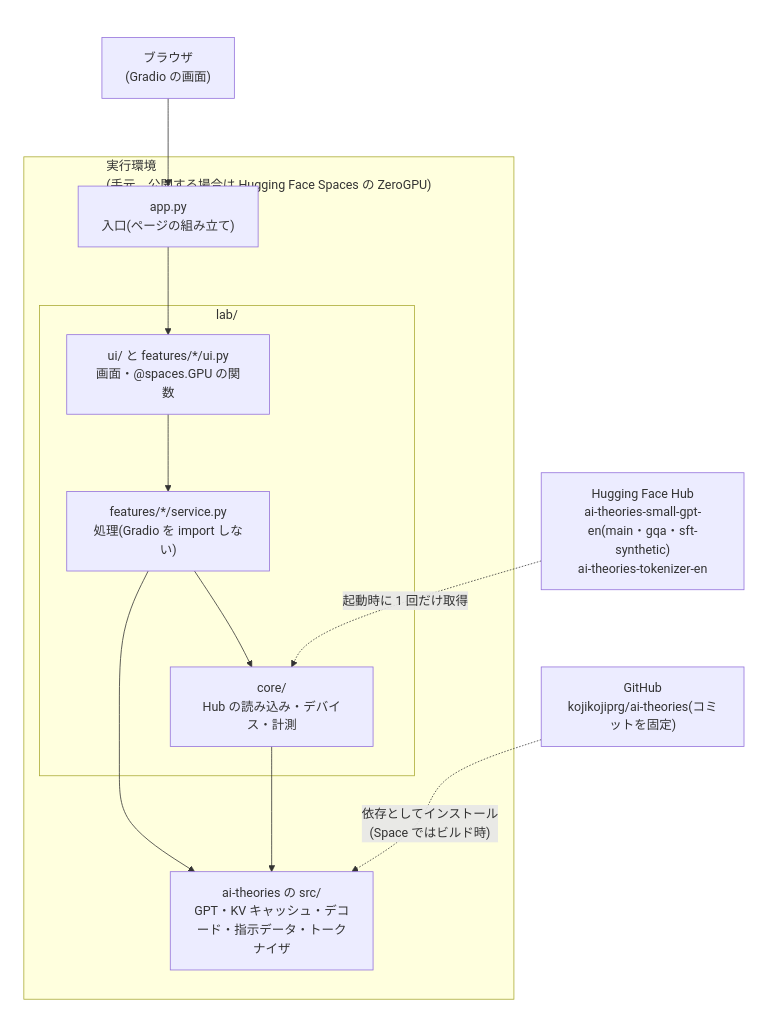
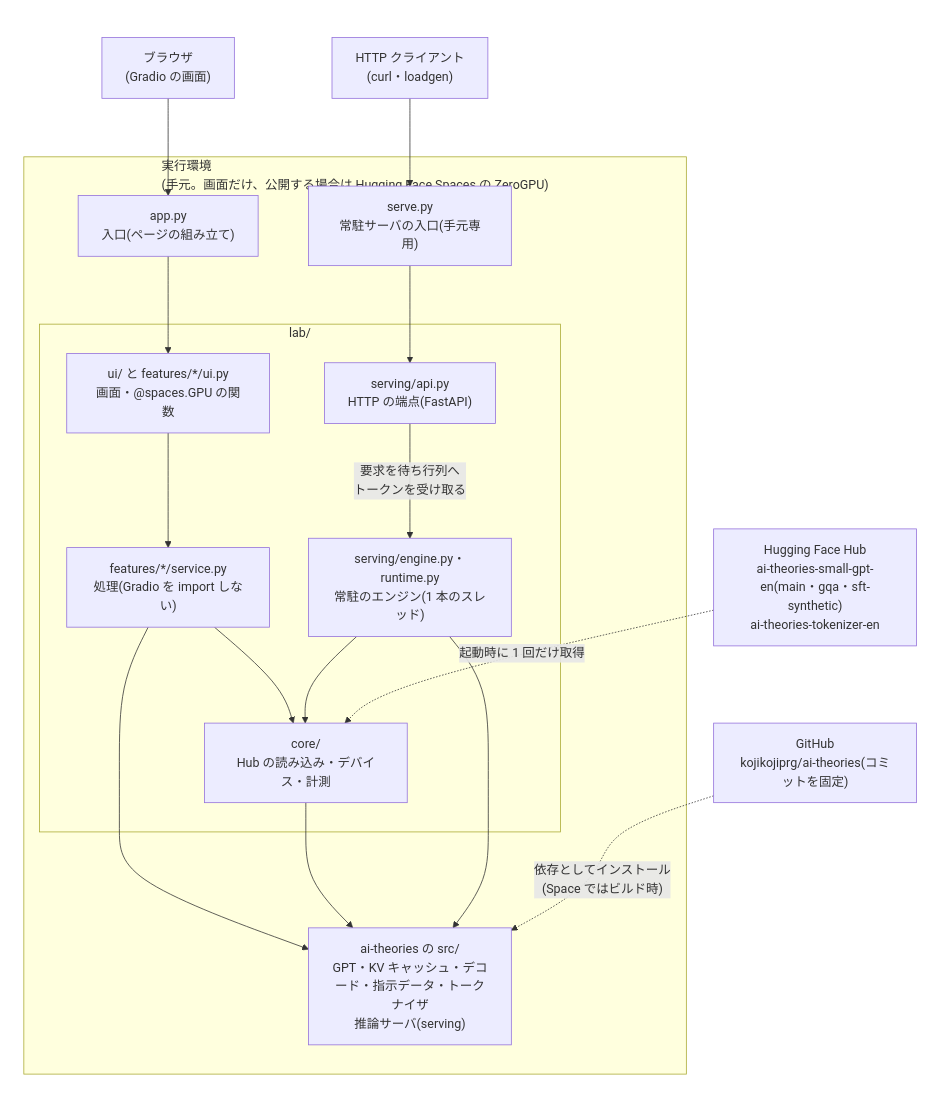
The diagram in apps/ai_theories_lab/README.md (kojikojiprg/ai-theories), drawn with Mermaid before and after one commit. The commit also changed other lines of this file, not shown here.

First line of the commit message:
apps: アプリの README に、常駐サーバと HTTP の API、バッチ推論の表示の方針を書く

````diff
--- a/apps/ai_theories_lab/README.md
+++ b/apps/ai_theories_lab/README.md
@@ -50,27 +55,36 @@
 ```mermaid
 %%{init: {"theme": "default"}}%%
 flowchart LR
   subgraph ALL[" "]
     USER["ブラウザ<br/>(Gradio の画面)"]
-    subgraph SPACE["実行環境<br/>(手元。公開する場合は Hugging Face Spaces の ZeroGPU)"]
+    CLIENT["HTTP クライアント<br/>(curl・loadgen)"]
+    subgraph SPACE["実行環境<br/>(手元。画面だけ、公開する場合は Hugging Face Spaces の ZeroGPU)"]
       APP["app.py<br/>入口(ページの組み立て)"]
+      SERVE["serve.py<br/>常駐サーバの入口(手元専用)"]
       subgraph LAB["lab/"]
         UI["ui/ と features/*/ui.py<br/>画面・@spaces.GPU の関数"]
         SVC["features/*/service.py<br/>処理(Gradio を import しない)"]
+        API["serving/api.py<br/>HTTP の端点(FastAPI)"]
+        ENGINE["serving/engine.py・runtime.py<br/>常駐のエンジン(1 本のスレッド)"]
         CORE["core/<br/>Hub の読み込み・デバイス・計測"]
       end
-      SRC["ai-theories の src/<br/>GPT・KV キャッシュ・デコード・指示データ・トークナイザ"]
+      SRC["ai-theories の src/<br/>GPT・KV キャッシュ・デコード・指示データ・トークナイザ<br/>推論サーバ(serving)"]
     end
     HUB["Hugging Face Hub<br/>ai-theories-small-gpt-en(main・gqa・sft-synthetic)<br/>ai-theories-tokenizer-en"]
     GH["GitHub<br/>kojikojiprg/ai-theories(コミットを固定)"]
     USER --> APP
     APP --> UI
     UI --> SVC
     SVC --> CORE
     SVC --> SRC
     CORE --> SRC
+    CLIENT --> SERVE
+    SERVE --> API
+    API -- "要求を待ち行列へ<br/>トークンを受け取る" --> ENGINE
+    ENGINE --> SRC
+    ENGINE --> CORE
     HUB -. "起動時に 1 回だけ取得" .-> CORE
     GH -. "依存としてインストール<br/>(Space ではビルド時)" .-> SRC
   end
   style ALL fill:#ffffff,stroke:#ffffff
 ```
````
